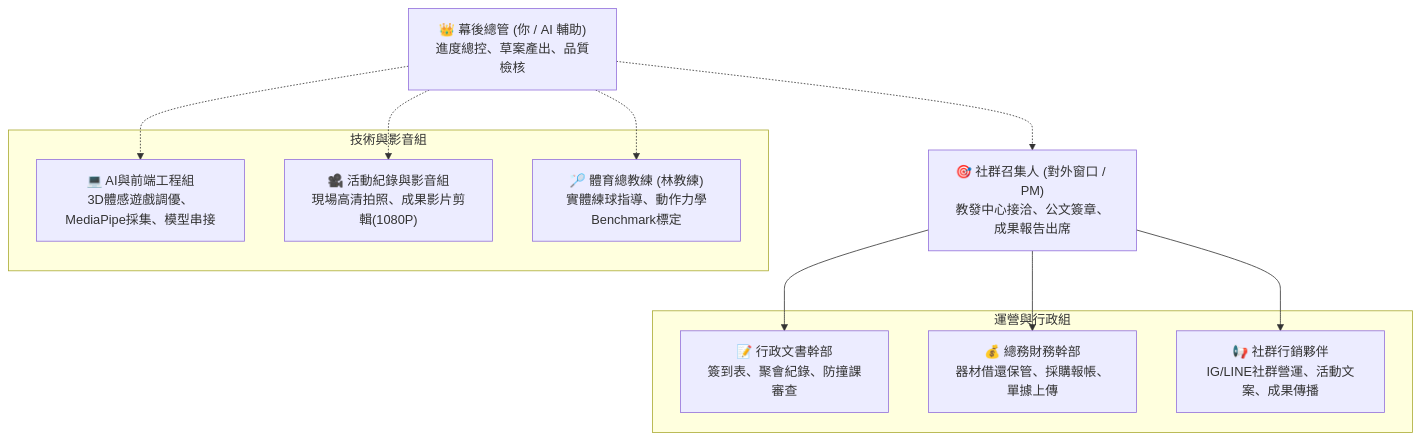
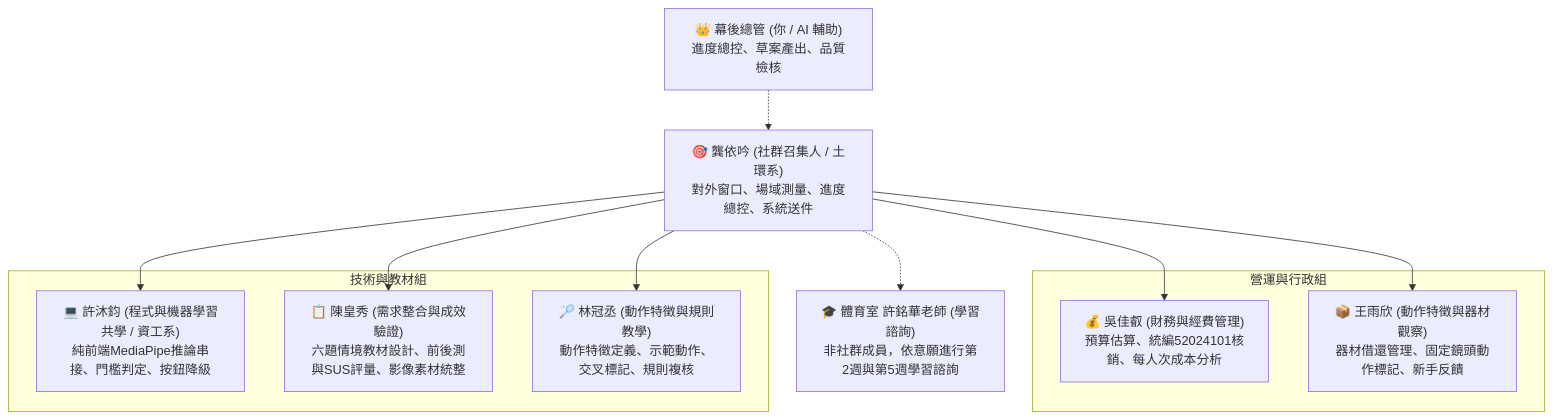
The diagram in 00_總管理手冊_SOP/01_全體幹部與成員完整工作職掌手冊.md (KalmanGoose/nchu-pickleball-recruit), drawn with Mermaid before and after one commit. The commit also changed other lines of this file and 25 other files, not shown here.

````diff
--- a/00_總管理手冊_SOP/01_全體幹部與成員完整工作職掌手冊.md
+++ b/00_總管理手冊_SOP/01_全體幹部與成員完整工作職掌手冊.md
@@ -9,25 +10,26 @@
 ```mermaid
 graph TD
     SuperAdmin["👑 幕後總管 (你 / AI 輔助)<br>進度總控、草案產出、品質檢核"]
-    Convener["🎯 社群召集人 (對外窗口 / PM)<br>教發中心接洽、公文簽章、成果報告出席"]
+    Convener["🎯 龔依吟 (社群召集人 / 土環系)<br>對外窗口、場域測量、進度總控、系統送件"]
     
-    subgraph 運營與行政組
-        Admin["📝 行政文書幹部<br>簽到表、聚會紀錄、防撞課審查"]
-        Finance["💰 總務財務幹部<br>器材借還保管、採購報帳、單據上傳"]
-        Marketing["📢 社群行銷夥伴<br>IG/LINE社群營運、活動文案、成果傳播"]
+    subgraph 營運與行政組
+        Finance["💰 吳佳叡 (財務與經費管理)<br>預算估算、統編52024101核銷、每人次成本分析"]
+        Logistics["📦 王雨欣 (動作特徵與器材觀察)<br>器材借還管理、固定鏡頭動作標記、新手反饋"]
     end
 
-    subgraph 技術與影音組
-        Tech["💻 AI與前端工程組<br>3D體感遊戲調優、MediaPipe採集、模型串接"]
-        Media["🎥 活動紀錄與影音組<br>現場高清拍照、成果影片剪輯(1080P)"]
-        Coach["🏸 體育總教練 (林教練)<br>實體練球指導、動作力學Benchmark標定"]
+    subgraph 技術與教材組
+        Tech["💻 許沐鈞 (程式與機器學習共學 / 資工系)<br>純前端MediaPipe推論串接、門檻判定、按鈕降級"]
+        Spec["📋 陳皇秀 (需求整合與成效驗證)<br>六題情境教材設計、前後測與SUS評量、影像素材統整"]
+        Motion["🏸 林冠丞 (動作特徵與規則教學)<br>動作特徵定義、示範動作、交叉標記、規則複核"]
     end
 
+    Advisor["🎓 體育室 許銘華老師 (學習諮詢)<br>非社群成員，依意願進行第2週與第5週學習諮詢"]
+
     SuperAdmin -.-> Convener
-    Convener --> Admin
     Convener --> Finance
-    Convener --> Marketing
-    SuperAdmin -.-> Tech
-    SuperAdmin -.-> Media
-    SuperAdmin -.-> Coach
+    Convener --> Logistics
+    Convener --> Tech
+    Convener --> Spec
+    Convener --> Motion
+    Convener -.-> Advisor
 ```
````
